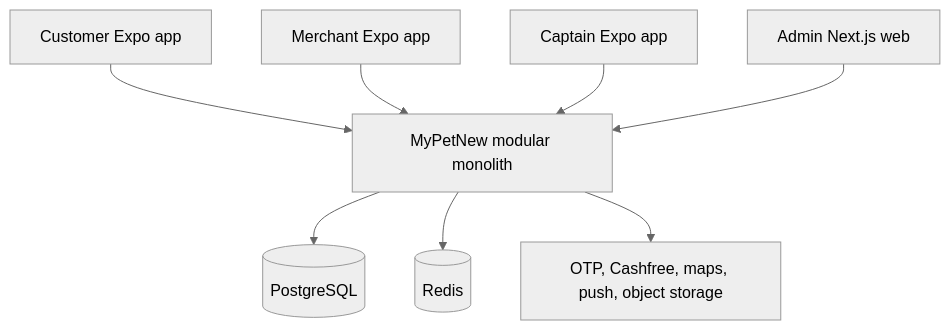
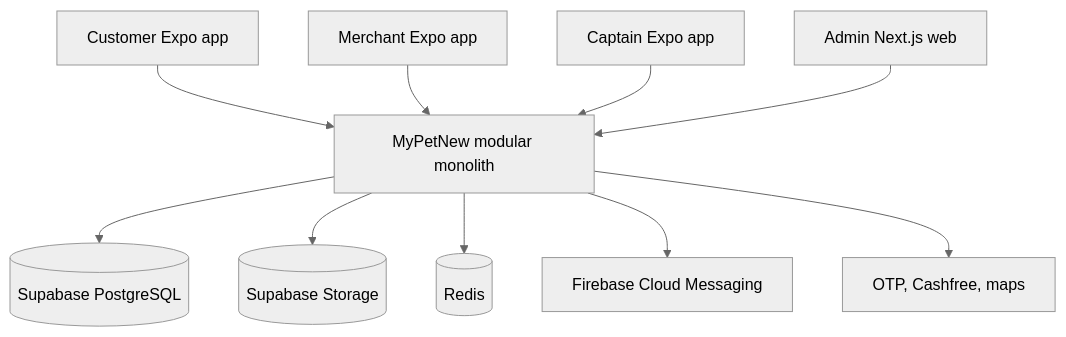
One commit to thrinnadhh/Mypetnew changed the first of 4 diagrams in docs/architecture/SYSTEM_CONTEXT.md. Above: the diagram before and after it, drawn with Mermaid (neutral theme). The commit also changed other lines of this file, not shown here.

Commit message:
docs: add Supabase and Firebase notification contracts (docs/architecture/SYSTEM_CONTEXT.md)

````diff
--- a/docs/architecture/SYSTEM_CONTEXT.md
+++ b/docs/architecture/SYSTEM_CONTEXT.md
@@ -9,19 +9,23 @@
 ```mermaid
 flowchart TB
     Customer["Customer Expo app"]
     Merchant["Merchant Expo app"]
     Captain["Captain Expo app"]
     Admin["Admin Next.js web"]
     API["MyPetNew modular monolith"]
-    DB[(PostgreSQL)]
+    DB[(Supabase PostgreSQL)]
+    Storage[(Supabase Storage)]
     Redis[(Redis)]
-    Providers["OTP, Cashfree, maps, push, object storage"]
+    Push["Firebase Cloud Messaging"]
+    Providers["OTP, Cashfree, maps"]
 
     Customer --> API
     Merchant --> API
     Captain --> API
     Admin --> API
     API --> DB
+    API --> Storage
     API --> Redis
+    API --> Push
     API --> Providers
 ```
````
